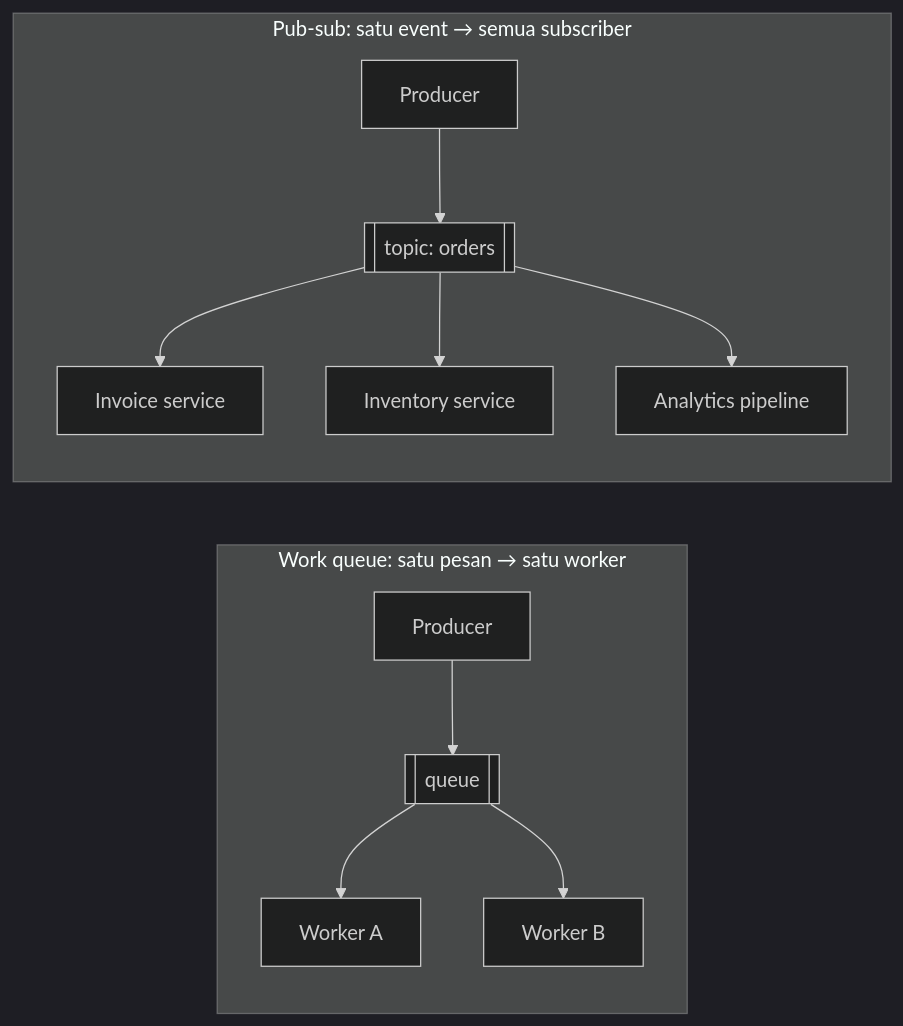
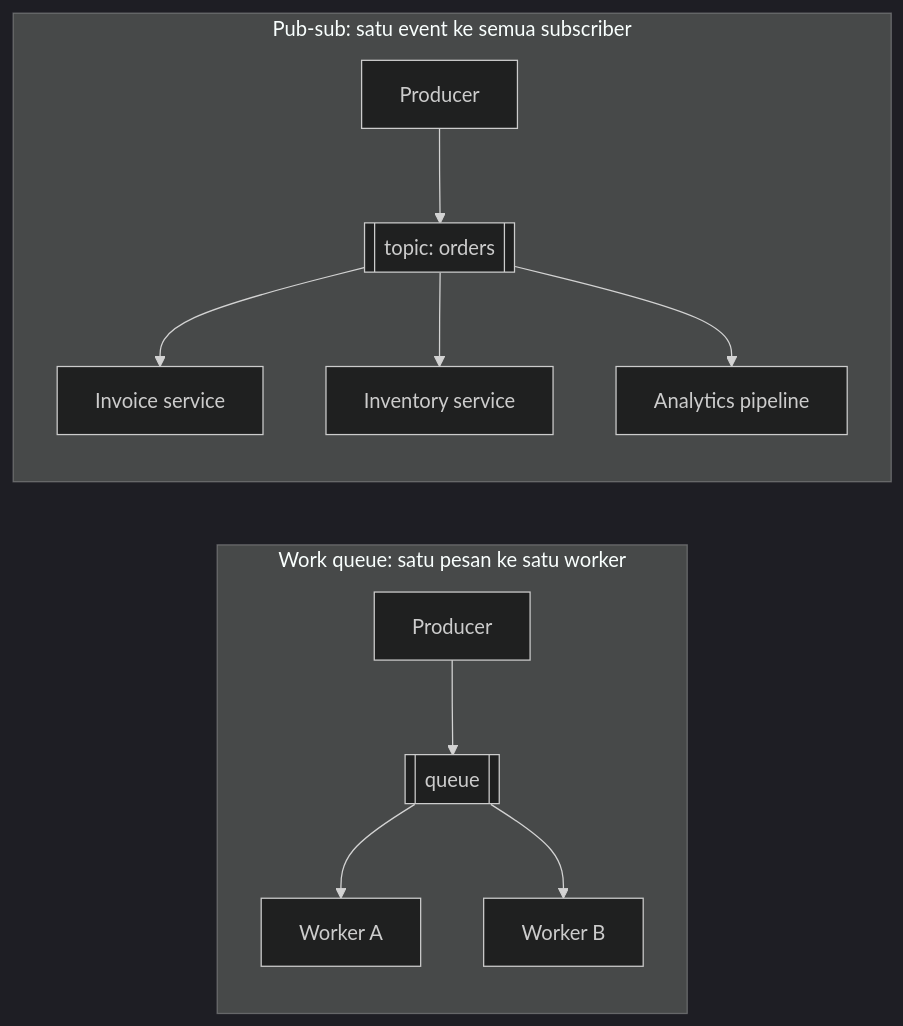
The first of 2 diagrams in src/content/lessons/bagian-2/pub-sub.mdx (andreanpradanaa/sysdesign-lab), drawn with Mermaid (dark theme) before and after one commit. The commit also changed other lines of this file and 18 other files, not shown here.

````diff
--- a/src/content/lessons/bagian-2/pub-sub.mdx
+++ b/src/content/lessons/bagian-2/pub-sub.mdx
@@ -91,14 +91,14 @@
 ```mermaid
 flowchart LR
-  subgraph queue[Work queue: satu pesan → satu worker]
+  subgraph queue[Work queue: satu pesan ke satu worker]
     P1[Producer] --> Q[[queue]]
     Q --> W1[Worker A]
     Q --> W2[Worker B]
   end
-  subgraph pubsub[Pub-sub: satu event → semua subscriber]
+  subgraph pubsub[Pub-sub: satu event ke semua subscriber]
     P2[Producer] --> T[[topic: orders]]
     T --> S1[Invoice service]
     T --> S2[Inventory service]
     T --> S3[Analytics pipeline]
   end
 ```
````
